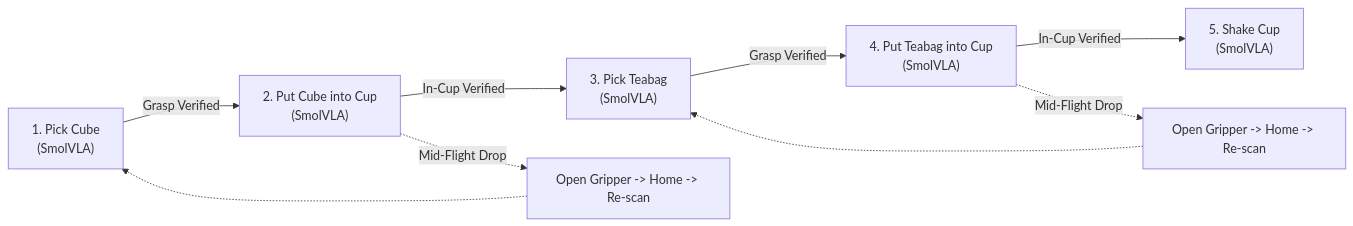
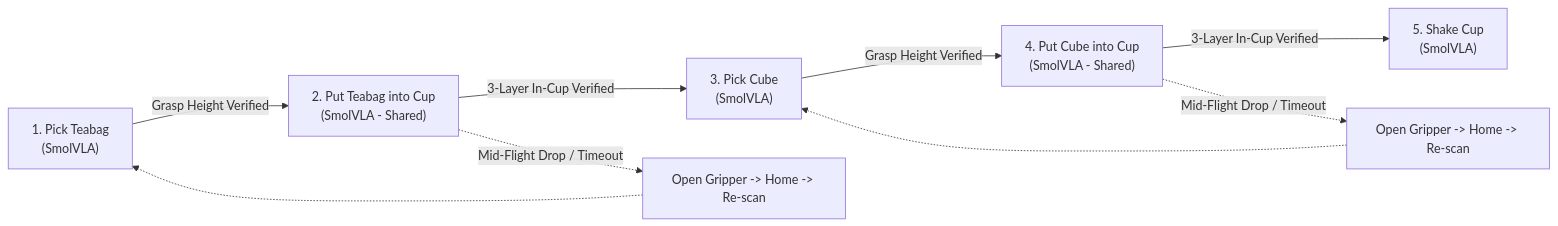
Before and after one commit to hemrhut7/SO101_Test: the diagram in README.md, drawn with Mermaid. The commit also changed other lines of this file and 9 other files, not shown here.

````diff
--- a/README.md
+++ b/README.md
@@ -40,9 +51,9 @@
 ```mermaid
 flowchart LR
-    S1["1. Pick Cube<br/>(SmolVLA)"] -->|"Grasp Verified"| S2["2. Put Cube into Cup<br/>(SmolVLA)"]
-    S2 -->|"In-Cup Verified"| S3["3. Pick Teabag<br/>(SmolVLA)"]
-    S3 -->|"Grasp Verified"| S4["4. Put Teabag into Cup<br/>(SmolVLA)"]
-    S4 -->|"In-Cup Verified"| S5["5. Shake Cup<br/>(SmolVLA)"]
-    S2 -.->|"Mid-Flight Drop"| R1["Open Gripper -> Home -> Re-scan"] -.-> S1
-    S4 -.->|"Mid-Flight Drop"| R2["Open Gripper -> Home -> Re-scan"] -.-> S3
+    S1["1. Pick Teabag<br/>(SmolVLA)"] -->|"Grasp Height Verified"| S2["2. Put Teabag into Cup<br/>(SmolVLA - Shared)"]
+    S2 -->|"3-Layer In-Cup Verified"| S3["3. Pick Cube<br/>(SmolVLA)"]
+    S3 -->|"Grasp Height Verified"| S4["4. Put Cube into Cup<br/>(SmolVLA - Shared)"]
+    S4 -->|"3-Layer In-Cup Verified"| S5["5. Shake Cup<br/>(SmolVLA)"]
+    S2 -.->|"Mid-Flight Drop / Timeout"| R1["Open Gripper -> Home -> Re-scan"] -.-> S1
+    S4 -.->|"Mid-Flight Drop / Timeout"| R2["Open Gripper -> Home -> Re-scan"] -.-> S3
 ```
````
